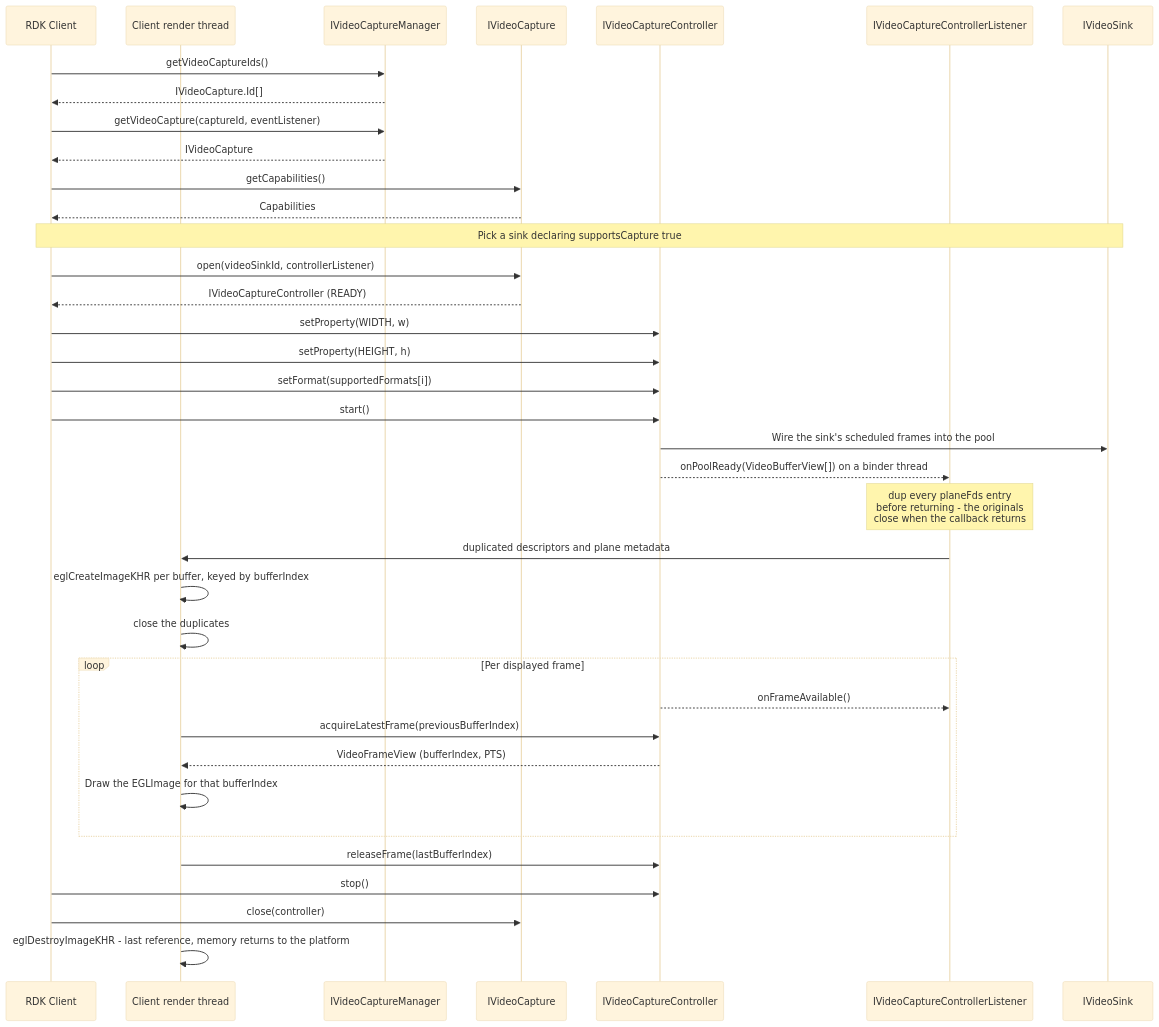
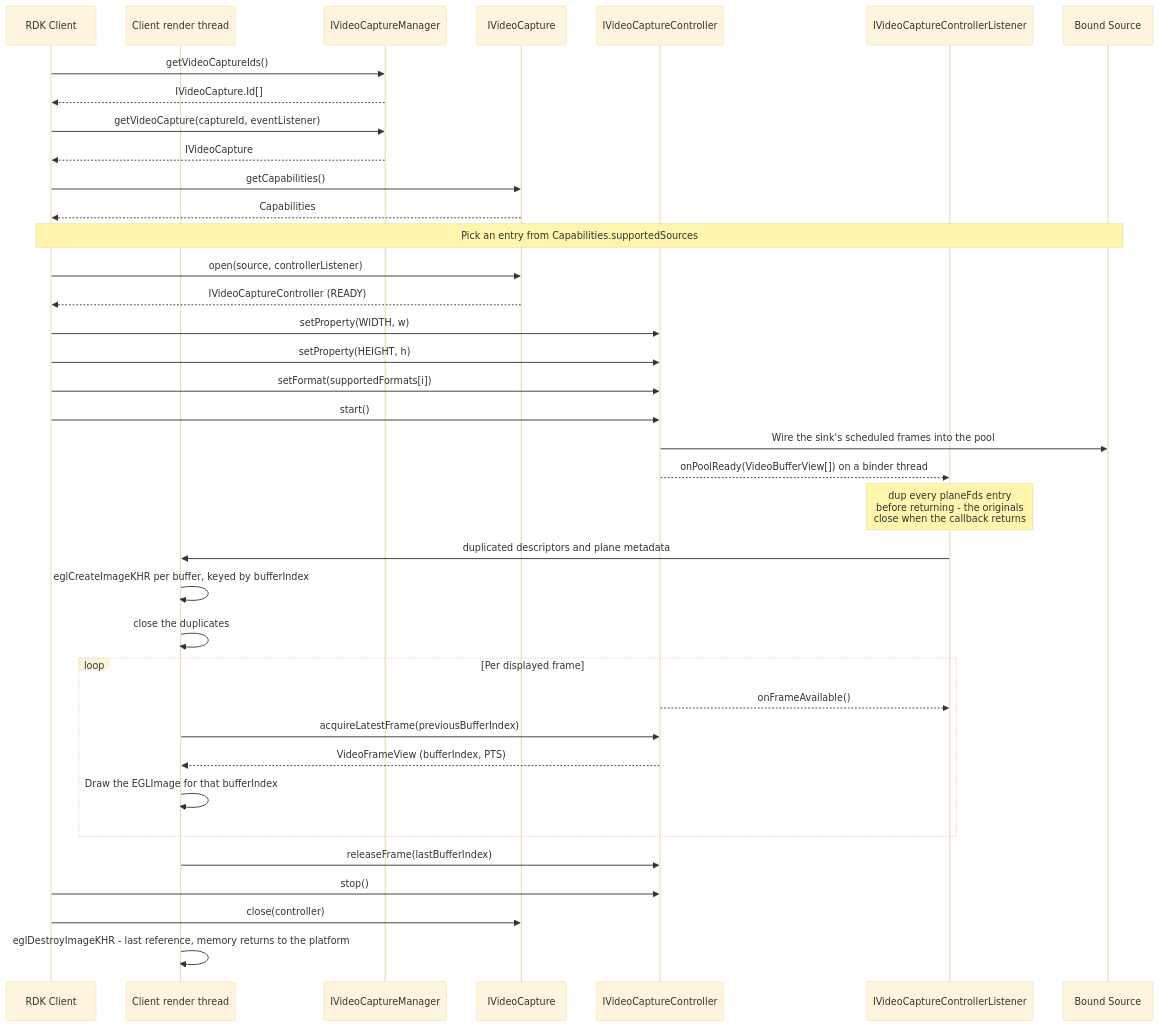
The fourth of 6 diagrams in videocapture/current/docs/videocapture_interface.md (rdkcentral/rdk-halif-aidl), drawn with Mermaid (base theme) before and after one commit. The commit also changed other lines of this file and 9 other files, not shown here.

````diff
--- a/videocapture/current/docs/videocapture_interface.md
+++ b/videocapture/current/docs/videocapture_interface.md
@@ -307,49 +307,49 @@
 ```mermaid
 sequenceDiagram
     participant Client as RDK Client
     participant Render as Client render thread
     participant Manager as IVideoCaptureManager
     participant Capture as IVideoCapture
     participant Controller as IVideoCaptureController
     participant Listener as IVideoCaptureControllerListener
-    participant Sink as IVideoSink
+    participant Sink as Bound Source
 
     Client->>Manager: getVideoCaptureIds()
     Manager-->>Client: IVideoCapture.Id[]
 
     Client->>Manager: getVideoCapture(captureId, eventListener)
     Manager-->>Client: IVideoCapture
 
     Client->>Capture: getCapabilities()
     Capture-->>Client: Capabilities
 
-    Note over Client,Sink: Pick a sink declaring supportsCapture true
+    Note over Client,Sink: Pick an entry from Capabilities.supportedSources
 
-    Client->>Capture: open(videoSinkId, controllerListener)
+    Client->>Capture: open(source, controllerListener)
     Capture-->>Client: IVideoCaptureController (READY)
 
     Client->>Controller: setProperty(WIDTH, w)
     Client->>Controller: setProperty(HEIGHT, h)
     Client->>Controller: setFormat(supportedFormats[i])
     Client->>Controller: start()
     Controller->>Sink: Wire the sink's scheduled frames into the pool
 
     Controller-->>Listener: onPoolReady(VideoBufferView[]) on a binder thread
     Note over Listener: dup every planeFds entry<br/>before returning - the originals<br/>close when the callback returns
     Listener->>Render: duplicated descriptors and plane metadata
     Render->>Render: eglCreateImageKHR per buffer, keyed by bufferIndex
     Render->>Render: close the duplicates
 
     loop Per displayed frame
         Controller-->>Listener: onFrameAvailable()
         Render->>Controller: acquireLatestFrame(previousBufferIndex)
         Controller-->>Render: VideoFrameView (bufferIndex, PTS)
         Render->>Render: Draw the EGLImage for that bufferIndex
     end
 
     Render->>Controller: releaseFrame(lastBufferIndex)
 
     Client->>Controller: stop()
     Client->>Capture: close(controller)
     Render->>Render: eglDestroyImageKHR - last reference, memory returns to the platform
 ```
````
